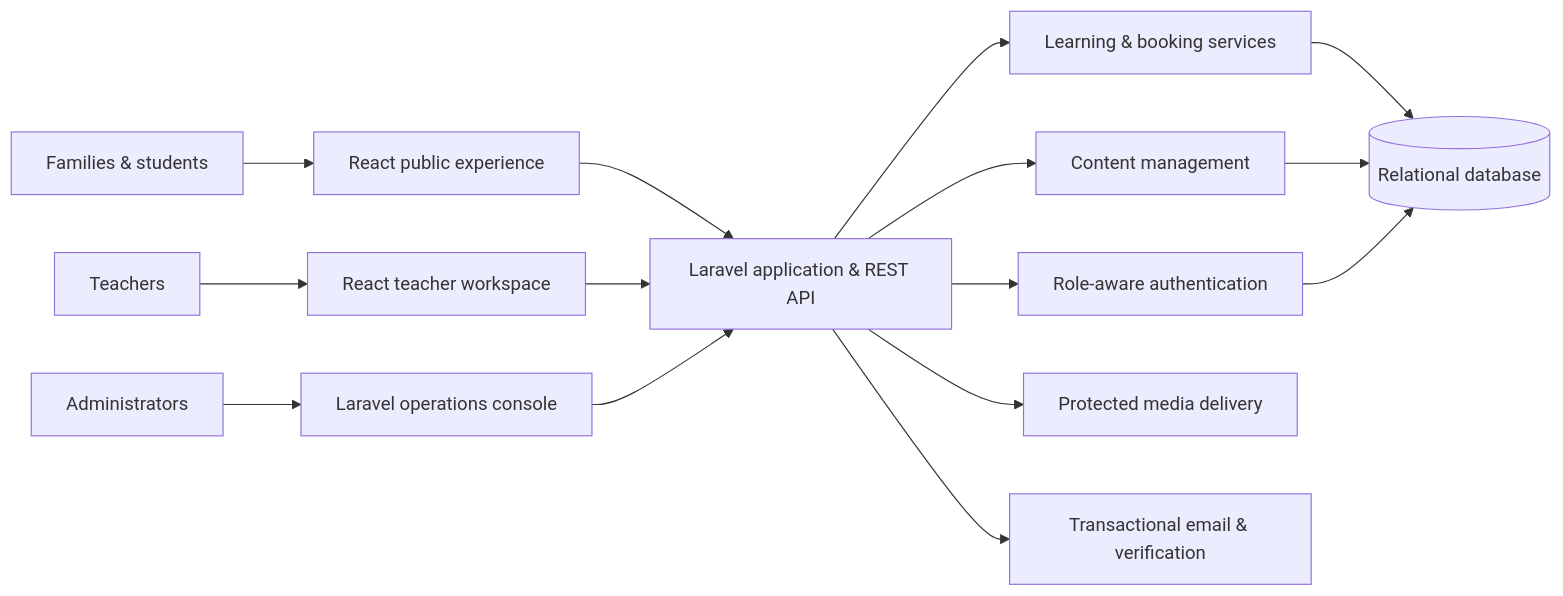
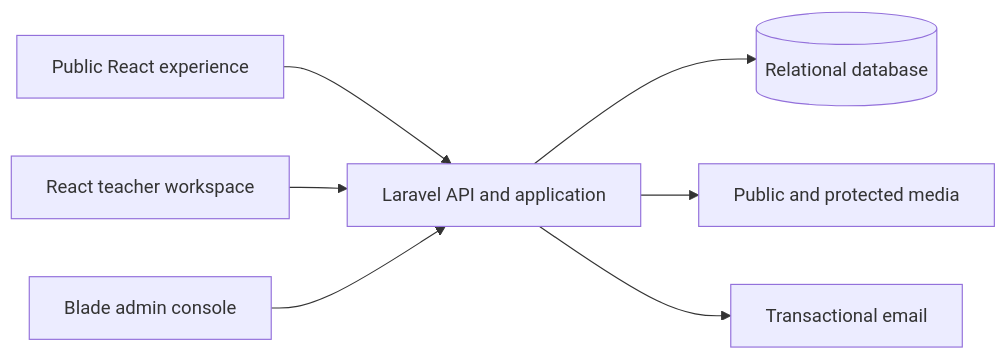
Before and after one commit to kajolmehra/codebloom-learning-platform: the diagram in README.md, drawn with Mermaid. The commit also changed other lines of this file and 1 other file, not shown here.

````diff
--- a/README.md
+++ b/README.md
@@ -76,19 +72,9 @@
 ```mermaid
 flowchart LR
-    Family[Families & students] --> Web[React public experience]
-    Teacher[Teachers] --> Portal[React teacher workspace]
-    Staff[Administrators] --> Admin[Laravel operations console]
-
-    Web --> API[Laravel application & REST API]
-    Portal --> API
-    Admin --> API
-
-    API --> Auth[Role-aware authentication]
-    API --> Domain[Learning & booking services]
-    API --> CMS[Content management]
-    API --> Media[Protected media delivery]
-    API --> Mail[Transactional email & verification]
-    Domain --> DB[(Relational database)]
-    CMS --> DB
-    Auth --> DB
+    Public[Public React experience] --> API[Laravel API and application]
+    Teacher[React teacher workspace] --> API
+    Admin[Blade admin console] --> API
+    API --> DB[(Relational database)]
+    API --> Media[Public and protected media]
+    API --> Mail[Transactional email]
 ```
````
